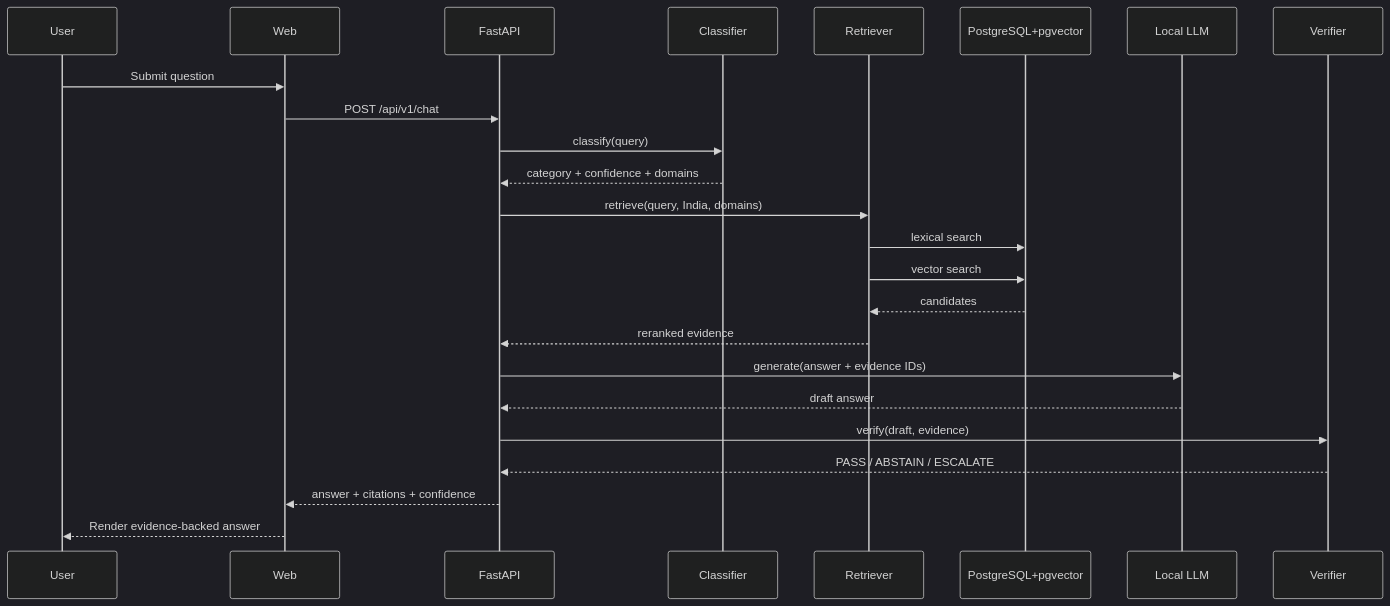
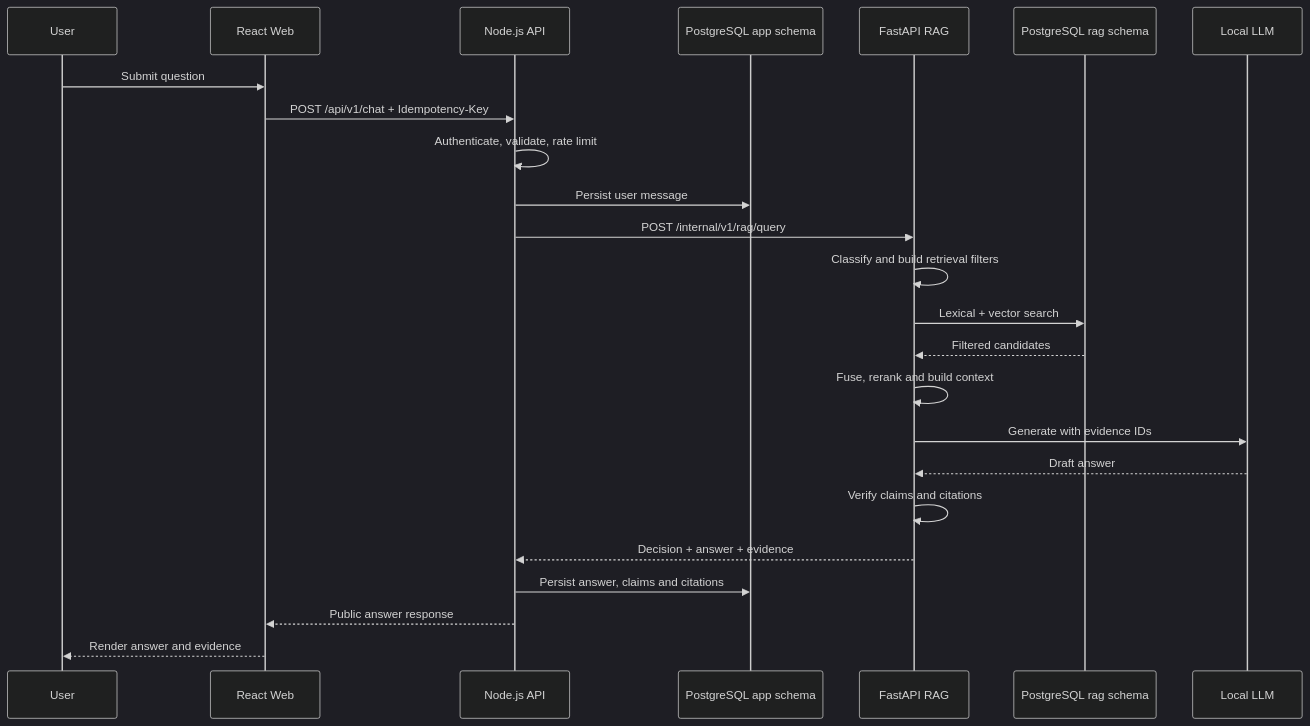
The second of 9 diagrams in docs/27-SEQUENCE-DIAGRAMS.md (aaryashah1010/Sih_rag), drawn with Mermaid (dark theme) before and after one commit. The commit also changed other lines of this file and 12 other files, not shown here.

````diff
--- a/docs/27-SEQUENCE-DIAGRAMS.md
+++ b/docs/27-SEQUENCE-DIAGRAMS.md
@@ -5,27 +25,27 @@
 ```mermaid
 sequenceDiagram
     participant U as User
-    participant W as Web
-    participant A as FastAPI
-    participant C as Classifier
-    participant R as Retriever
-    participant DB as PostgreSQL+pgvector
+    participant W as React Web
+    participant N as Node.js API
+    participant ADB as PostgreSQL app schema
+    participant F as FastAPI RAG
+    participant RDB as PostgreSQL rag schema
     participant L as Local LLM
-    participant V as Verifier
 
     U->>W: Submit question
-    W->>A: POST /api/v1/chat
-    A->>C: classify(query)
-    C-->>A: category + confidence + domains
-    A->>R: retrieve(query, India, domains)
-    R->>DB: lexical search
-    R->>DB: vector search
-    DB-->>R: candidates
-    R-->>A: reranked evidence
-    A->>L: generate(answer + evidence IDs)
-    L-->>A: draft answer
-    A->>V: verify(draft, evidence)
-    V-->>A: PASS / ABSTAIN / ESCALATE
-    A-->>W: answer + citations + confidence
-    W-->>U: Render evidence-backed answer
+    W->>N: POST /api/v1/chat + Idempotency-Key
+    N->>N: Authenticate, validate, rate limit
+    N->>ADB: Persist user message
+    N->>F: POST /internal/v1/rag/query
+    F->>F: Classify and build retrieval filters
+    F->>RDB: Lexical + vector search
+    RDB-->>F: Filtered candidates
+    F->>F: Fuse, rerank and build context
+    F->>L: Generate with evidence IDs
+    L-->>F: Draft answer
+    F->>F: Verify claims and citations
+    F-->>N: Decision + answer + evidence
+    N->>ADB: Persist answer, claims and citations
+    N-->>W: Public answer response
+    W-->>U: Render answer and evidence
 ```
````
